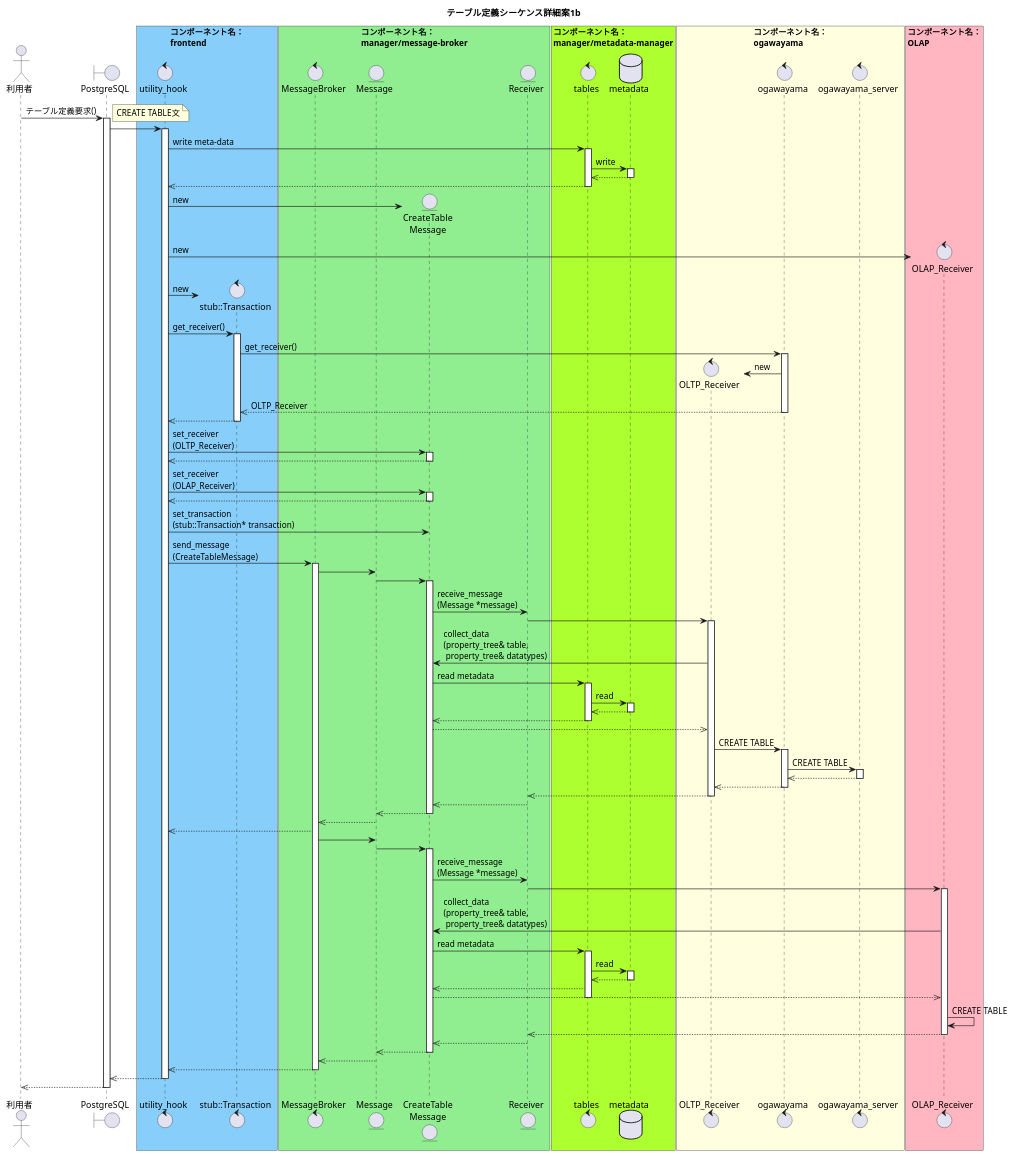
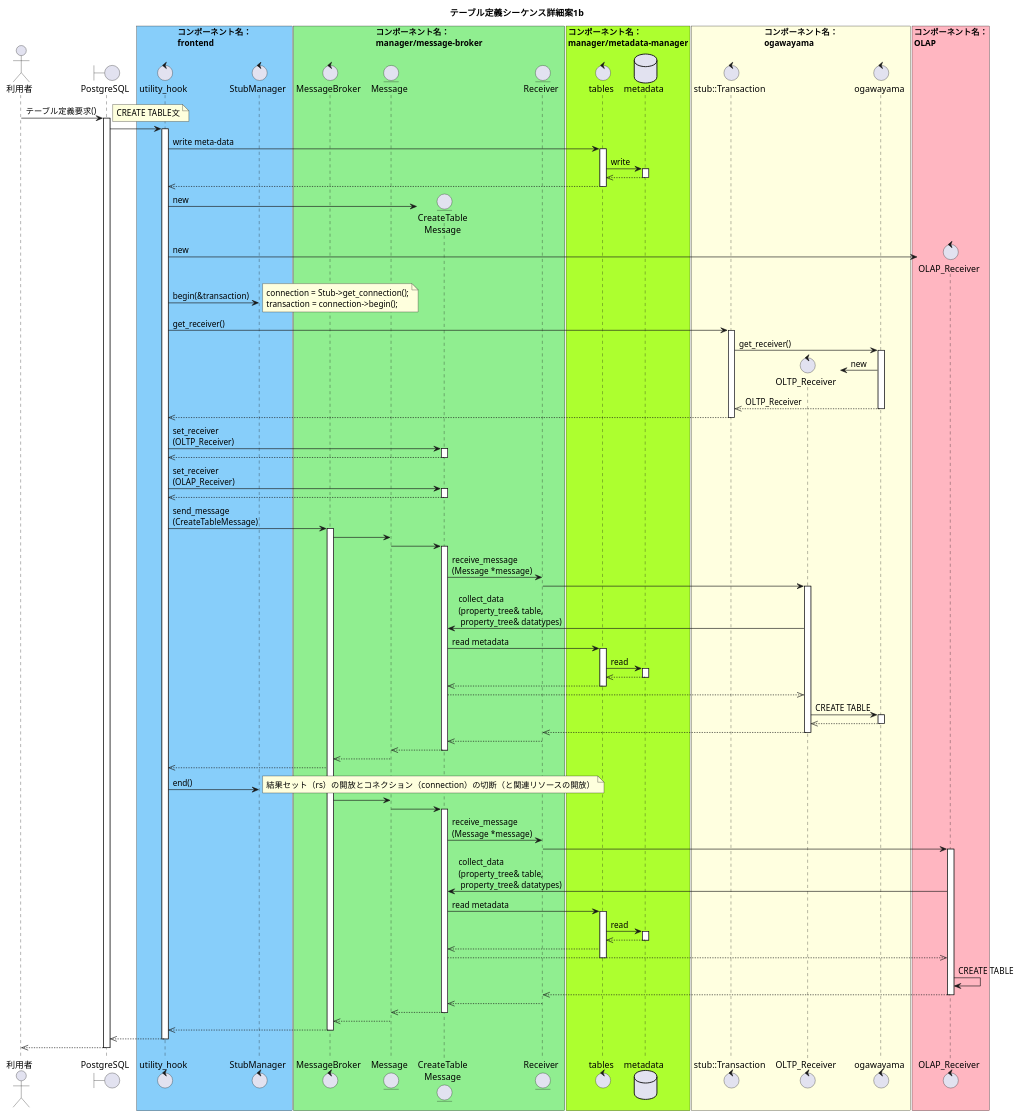
The second of 3 diagrams in docs/design/img/CREATE_TABLE_detail.pu (project-tsurugi/tsurugi_fdw), drawn with PlantUML before and after one commit. The commit also changed other lines of this file and 7 other files, not shown here.

Commit message:
Add discription of sequence diagram and Fix sequence diagram

```diff
--- a/docs/design/img/CREATE_TABLE_detail.pu
+++ b/docs/design/img/CREATE_TABLE_detail.pu
@@ -158,149 +164,150 @@
 @startuml テーブル定義シーケンス詳細案1b
 
 title テーブル定義シーケンス詳細案1b
 
 actor 利用者
 boundary PostgreSQL
 
 box "コンポーネント名：\nfrontend" #LightSkyBlue
 control utility_hook
-control "stub::Transaction" as tran
+control StubManager
 end box
 
 box "コンポーネント名：\nmanager/message-broker" #LightGreen
 control MessageBroker
 entity Message
 entity "CreateTable\nMessage" as concrete_message
 entity Receiver
 end box
 
 box "コンポーネント名：\nmanager/metadata-manager" #GreenYellow
 control tables
 database metadata
 end box
 
 box "コンポーネント名：\nogawayama" #LightYellow
+control "stub::Transaction" as tran
 control "OLTP_Receiver" as oltp_receiver
 control "ogawayama" as ogawayama
-control ogawayama_server
 end box
 
 box "コンポーネント名：\nOLAP" #LightPink
 control "OLAP_Receiver" as olap_receiver
 end box
 
 利用者 -> PostgreSQL : テーブル定義要求()
 activate PostgreSQL
 note right
 CREATE TABLE文
 end note
 
 PostgreSQL -> utility_hook
 activate utility_hook
   ' write meta-data
   utility_hook -> tables : write meta-data
   activate tables
     tables -> metadata : write
     activate metadata
     tables <<-- metadata
     deactivate metadata
     utility_hook <<-- tables
   deactivate tables
 
   ' create objects
   create concrete_message
   utility_hook -> concrete_message : new
   create olap_receiver
   utility_hook -> olap_receiver : new
 
   ' set receiver
-  create tran
-  utility_hook -> tran : new
+  utility_hook -> StubManager : begin(&transaction)
+  note right
+  connection = Stub->get_connection();
+  transaction = connection->begin();
+  end note
   utility_hook -> tran : get_receiver()
   activate tran
   tran -> ogawayama : get_receiver()
   activate ogawayama
   create oltp_receiver
   ogawayama -> oltp_receiver : new
   tran <<-- ogawayama : OLTP_Receiver
   deactivate ogawayama
   utility_hook <<-- tran
   deactivate tran
   utility_hook -> concrete_message : set_receiver\n(OLTP_Receiver)
   activate concrete_message
     utility_hook <<-- concrete_message
   deactivate concrete_message
   utility_hook -> concrete_message : set_receiver\n(OLAP_Receiver)
   activate concrete_message
     utility_hook <<-- concrete_message
   deactivate concrete_message
-
-  utility_hook -> concrete_message : set_transaction\n(stub::Transaction* transaction)
 
   ' send message to MessageBroker
   utility_hook -> MessageBroker : send_message\n(CreateTableMessage)
   activate MessageBroker
 
   ' execute command
   MessageBroker -> Message
   Message -> concrete_message
   activate concrete_message
     concrete_message -> Receiver : receive_message\n(Message *message)
     Receiver -> oltp_receiver
     activate oltp_receiver
       oltp_receiver -> concrete_message : collect_data\n(property_tree& table,\n property_tree& datatypes)
       concrete_message -> tables : read metadata
       activate tables
         tables -> metadata : read
         activate metadata
         tables <<-- metadata
         deactivate metadata
         concrete_message <<-- tables
       deactivate tables
       oltp_receiver <<-- concrete_message
       oltp_receiver -> ogawayama : CREATE TABLE
       activate ogawayama
-        ogawayama -> ogawayama_server : CREATE TABLE
-          activate ogawayama_server
-            ogawayama <<-- ogawayama_server
-          deactivate ogawayama_server
-        oltp_receiver <<-- ogawayama
+      oltp_receiver <<-- ogawayama
       deactivate ogawayama
     Receiver <<-- oltp_receiver
     deactivate oltp_receiver
     concrete_message <<-- Receiver
   Message <<-- concrete_message
   deactivate concrete_message
   MessageBroker <<-- Message
   utility_hook <<-- MessageBroker
+  utility_hook -> StubManager : end()
+  note right
+  結果セット（rs）の開放とコネクション（connection）の切断（と関連リソースの開放）
+  end note
   MessageBroker -> Message
   Message -> concrete_message
   activate concrete_message
     concrete_message -> Receiver : receive_message\n(Message *message)
     Receiver -> olap_receiver
     activate olap_receiver
       olap_receiver -> concrete_message : collect_data\n(property_tree& table,\n property_tree& datatypes)
       concrete_message -> tables : read metadata
       activate tables
         tables -> metadata : read
         activate metadata
         tables <<-- metadata
         deactivate metadata
         concrete_message <<-- tables
         olap_receiver <<-- concrete_message
       deactivate tables
       olap_receiver -> olap_receiver : CREATE TABLE
       Receiver <<-- olap_receiver
       deactivate olap_receiver
       concrete_message <<-- Receiver
   Message <<-- concrete_message
   deactivate concrete_message
   MessageBroker <<-- Message
   utility_hook <<-- MessageBroker
   deactivate MessageBroker
 PostgreSQL <<-- utility_hook
 deactivate utility_hook
 利用者 <<-- PostgreSQL
 deactivate PostgreSQL
 
 @enduml
```
